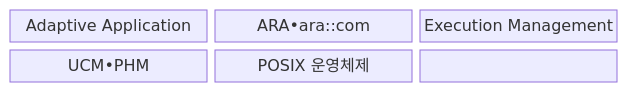
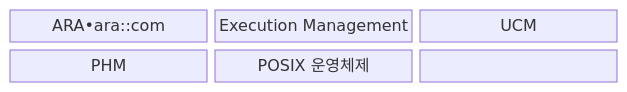
Before and after one commit to agnusdei1207/knowledge-base: the first of 2 diagrams in src/content/docs/notes/08-latest-tech/206_autosar_adaptive.md, drawn with Mermaid. The commit also changed other lines of this file and 20 other files, not shown here.

````diff
--- a/src/content/docs/notes/08-latest-tech/206_autosar_adaptive.md
+++ b/src/content/docs/notes/08-latest-tech/206_autosar_adaptive.md
@@ -68,11 +70,11 @@
 ```mermaid
 block-beta
   columns 3
-  N0["Adaptive Application"]
-  N1["ARA•ara::com"]
-  N2["Execution Management"]
-  N3["UCM•PHM"]
+  N0["ARA•ara::com"]
+  N1["Execution Management"]
+  N2["UCM"]
+  N3["PHM"]
   N4["POSIX 운영체제"]
   N0 --- N1 --- N2
   N2 --- N3 --- N4
 ```
````
